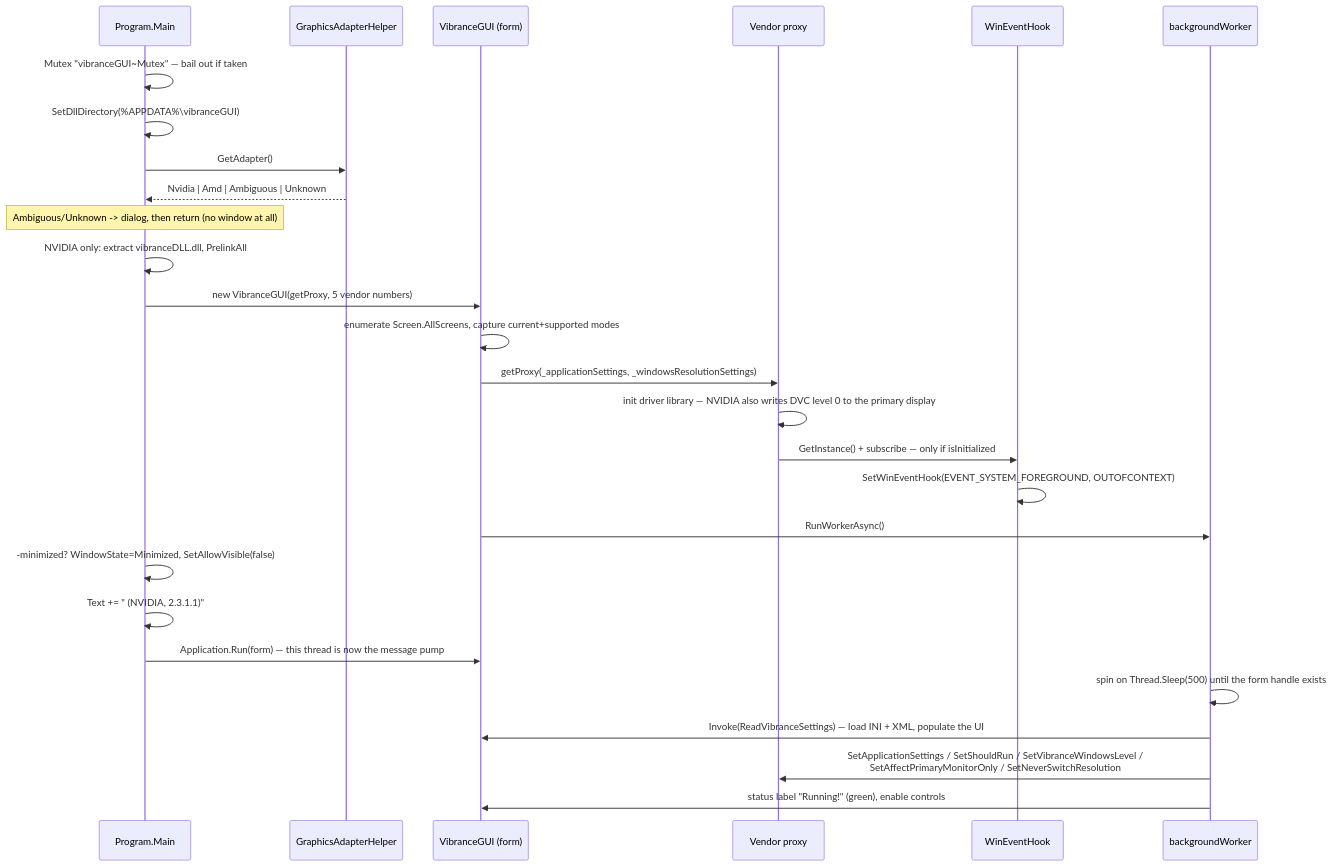
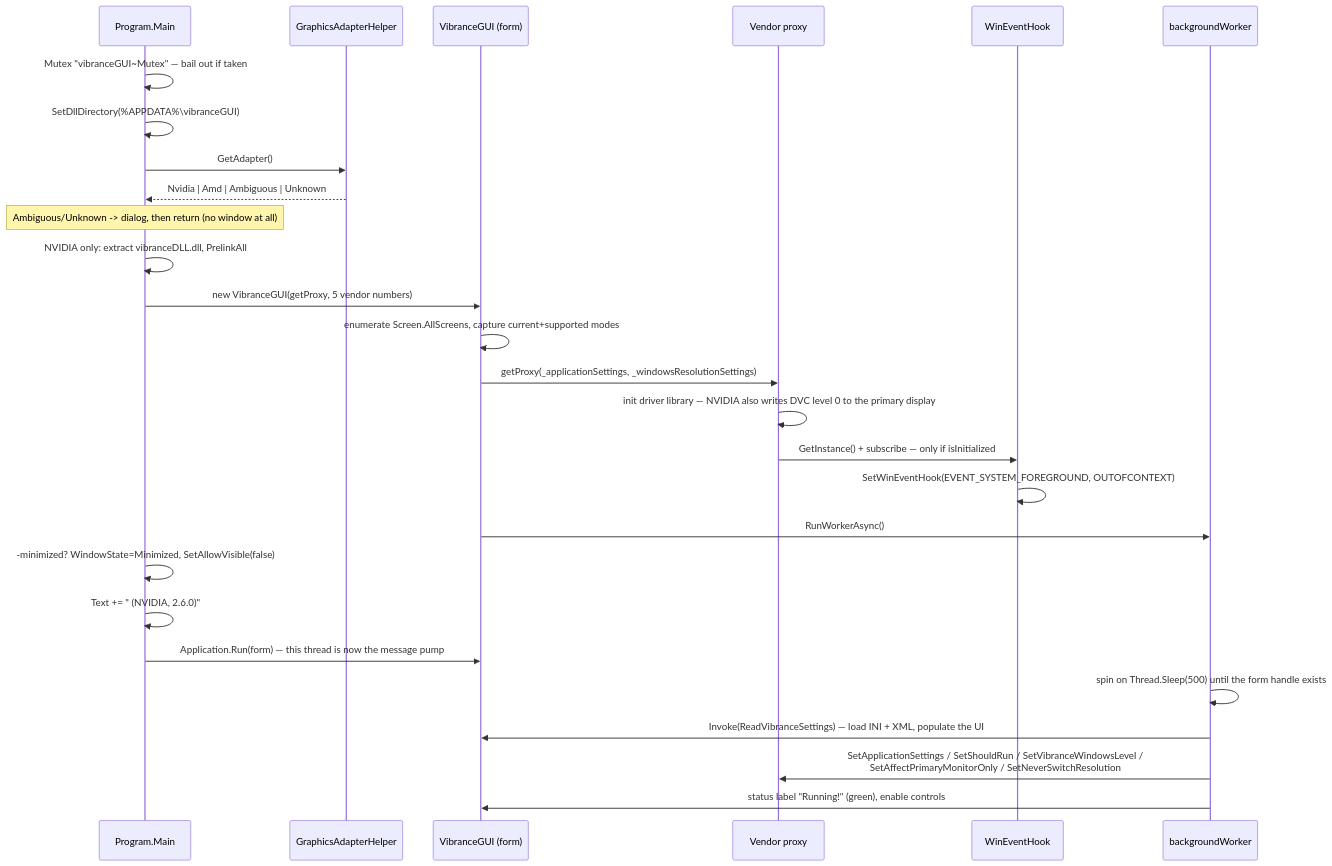
The second of 4 diagrams in docs/CODEBASE_GUIDE.md (SwatX18/vibranceGUI), drawn with Mermaid before and after one commit. The commit also changed other lines of this file, not shown here.

````diff
--- a/docs/CODEBASE_GUIDE.md
+++ b/docs/CODEBASE_GUIDE.md
@@ -534,30 +542,30 @@
 ```mermaid
 sequenceDiagram
     participant M as Program.Main
     participant GA as GraphicsAdapterHelper
     participant F as VibranceGUI (form)
     participant PX as Vendor proxy
     participant H as WinEventHook
     participant W as backgroundWorker
 
     M->>M: Mutex "vibranceGUI~Mutex" — bail out if taken
     M->>M: SetDllDirectory(%APPDATA%\vibranceGUI)
     M->>GA: GetAdapter()
     GA-->>M: Nvidia | Amd | Ambiguous | Unknown
     Note over M: Ambiguous/Unknown -> dialog, then return (no window at all)
     M->>M: NVIDIA only: extract vibranceDLL.dll, PrelinkAll
     M->>F: new VibranceGUI(getProxy, 5 vendor numbers)
     F->>F: enumerate Screen.AllScreens, capture current+supported modes
     F->>PX: getProxy(_applicationSettings, _windowsResolutionSettings)
     PX->>PX: init driver library — NVIDIA also writes DVC level 0 to the primary display
     PX->>H: GetInstance() + subscribe — only if isInitialized
     H->>H: SetWinEventHook(EVENT_SYSTEM_FOREGROUND, OUTOFCONTEXT)
     F->>W: RunWorkerAsync()
     M->>M: -minimized? WindowState=Minimized, SetAllowVisible(false)
-    M->>M: Text += " (NVIDIA, 2.3.1.1)"
+    M->>M: Text += " (NVIDIA, 2.6.0)"
     M->>F: Application.Run(form)  — this thread is now the message pump
     W->>W: spin on Thread.Sleep(500) until the form handle exists
     W->>F: Invoke(ReadVibranceSettings) — load INI + XML, populate the UI
     W->>PX: SetApplicationSettings / SetShouldRun / SetVibranceWindowsLevel /<br/>SetAffectPrimaryMonitorOnly / SetNeverSwitchResolution
     W->>F: status label "Running!" (green), enable controls
 ```
````
